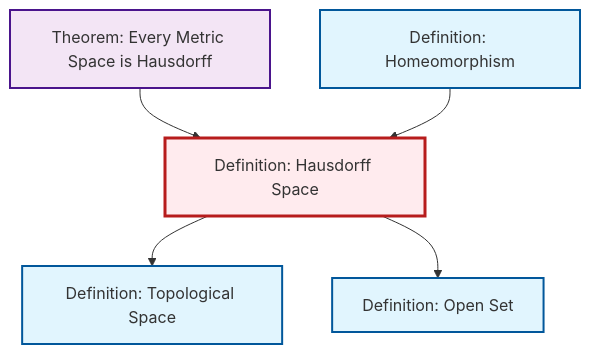
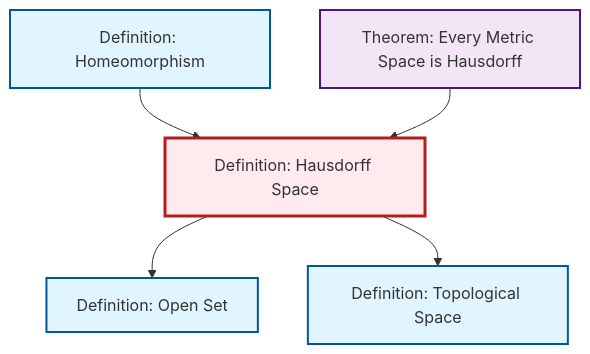
Before and after one commit to RK0429/ModernMath: the diagram in content/en/topology/def-hausdorff.qmd, drawn with Mermaid. The commit also changed other lines of this file and 360 other files, not shown here.

````diff
--- a/content/en/topology/def-hausdorff.qmd
+++ b/content/en/topology/def-hausdorff.qmd
@@ -53,23 +53,23 @@
 ```{mermaid}
 %%| fig-cap: "Local dependency graph"
 graph TD
     classDef definition fill:#e1f5fe,stroke:#01579b,stroke-width:2px
     classDef theorem fill:#f3e5f5,stroke:#4a148c,stroke-width:2px
     classDef axiom fill:#fff3e0,stroke:#e65100,stroke-width:2px
     classDef example fill:#e8f5e9,stroke:#1b5e20,stroke-width:2px
     classDef current fill:#ffebee,stroke:#b71c1c,stroke-width:3px
+    thm-metric-hausdorff["Theorem: Every Metric Space is Hausdorff"]:::theorem
+    def-open-set["Definition: Open Set"]:::definition
+    def-topological-space["Definition: Topological Space"]:::definition
     def-hausdorff["Definition: Hausdorff Space"]:::definition
-    def-topological-space["Definition: Topological Space"]:::definition
-    def-open-set["Definition: Open Set"]:::definition
     def-homeomorphism["Definition: Homeomorphism"]:::definition
-    thm-metric-hausdorff["Theorem: Every Metric Space is Hausdorff"]:::theorem
+    def-homeomorphism --> def-hausdorff
     thm-metric-hausdorff --> def-hausdorff
-    def-homeomorphism --> def-hausdorff
+    def-hausdorff --> def-open-set
     def-hausdorff --> def-topological-space
-    def-hausdorff --> def-open-set
     class def-hausdorff current
+    click thm-metric-hausdorff "thm-metric-hausdorff.html" "Go to Every Metric Space is Hausdorff theorem"
+    click def-open-set "def-open-set.html" "Go to Open Set definition"
     click def-topological-space "def-topological-space.html" "Go to Topological Space definition"
-    click def-open-set "def-open-set.html" "Go to Open Set definition"
     click def-homeomorphism "def-homeomorphism.html" "Go to Homeomorphism definition"
-    click thm-metric-hausdorff "thm-metric-hausdorff.html" "Go to Every Metric Space is Hausdorff theorem"
 ```
````
